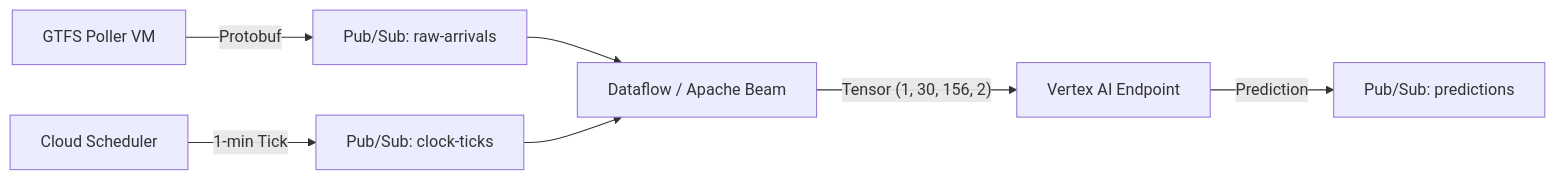
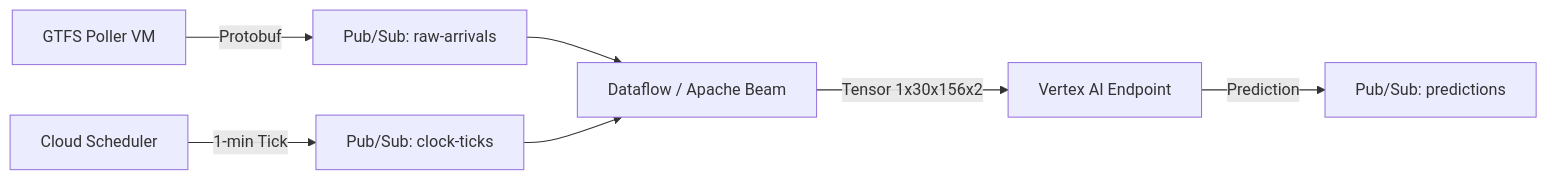
The diagram in docs/BEAM_PIPELINE_PLAN.md (DanHerman212/headway-prediction), drawn with Mermaid before and after one commit.

````diff
--- a/docs/BEAM_PIPELINE_PLAN.md
+++ b/docs/BEAM_PIPELINE_PLAN.md
@@ -8,9 +8,9 @@
 ```mermaid
 graph LR
     A["GTFS Poller VM"] -->|Protobuf| B["Pub/Sub: raw-arrivals"]
-    C["Cloud Scheduler"] -->|1-min Tick| D["Pub/Sub: clock-ticks"]
+    C["Cloud Scheduler"] -->|"1-min Tick"| D["Pub/Sub: clock-ticks"]
     B --> E["Dataflow / Apache Beam"]
     D --> E
-    E -->|"Tensor (1, 30, 156, 2)"| F["Vertex AI Endpoint"]
+    E -->|"Tensor 1x30x156x2"| F["Vertex AI Endpoint"]
     F -->|Prediction| G["Pub/Sub: predictions"]
 ```
````
